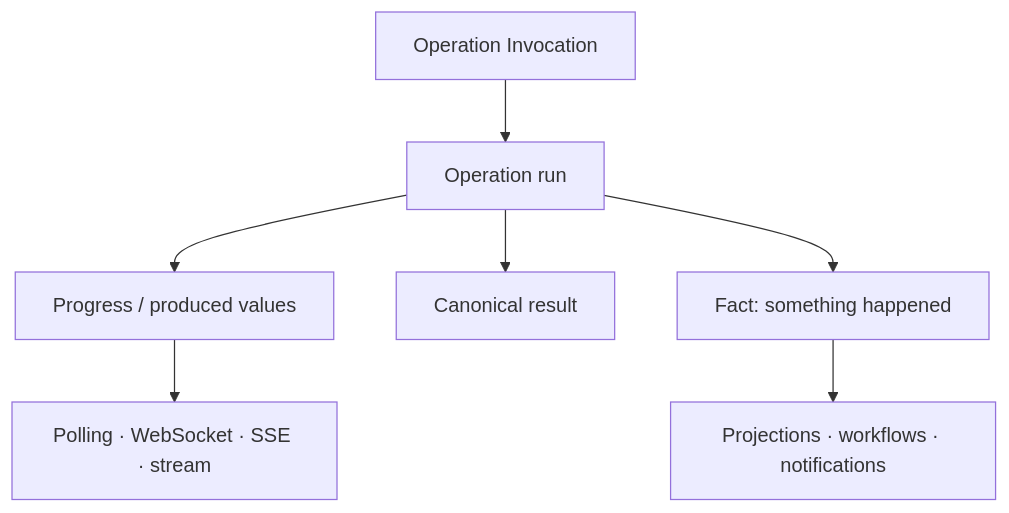
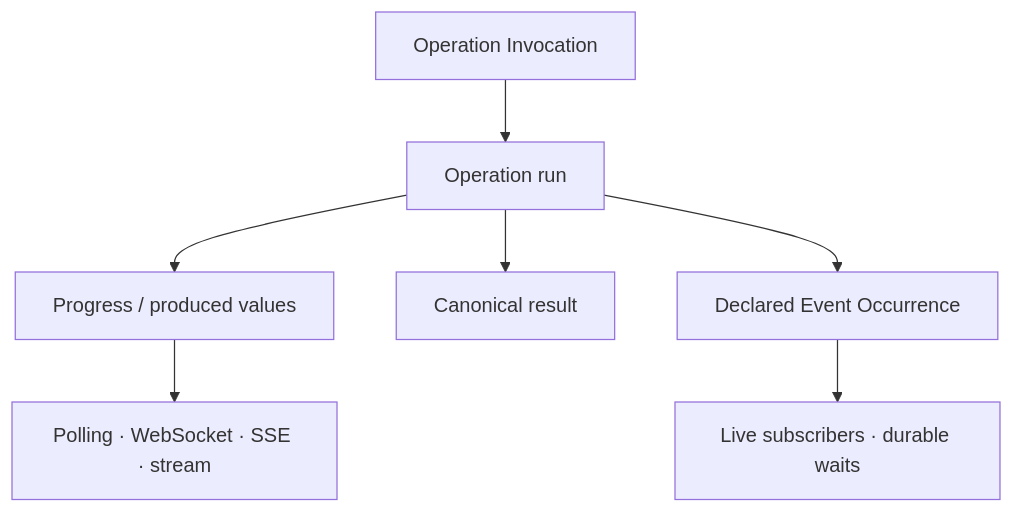
Before and after one commit to javifernandes/ontahi: the diagram in docs/developers/05-further-directions/06-continuous-execution-and-first-class-events.md, drawn with Mermaid. The commit also changed other lines of this file and 32 other files, not shown here.

First line of the commit message:
Document and close the first-class Events architecture (#250)

````diff
--- a/docs/developers/05-further-directions/06-continuous-execution-and-first-class-events.md
+++ b/docs/developers/05-further-directions/06-continuous-execution-and-first-class-events.md
@@ -24,9 +18,9 @@
 ```mermaid
 flowchart TB
   Invocation["Operation Invocation"] --> Run["Operation run"]
   Run --> Progress["Progress / produced values"]
   Progress --> Observe["Polling · WebSocket · SSE · stream"]
   Run --> Result["Canonical result"]
-  Run --> Event["Fact: something happened"]
-  Event --> Subscribers["Projections · workflows · notifications"]
+  Run --> Event["Declared Event Occurrence"]
+  Event --> Subscribers["Live subscribers · durable waits"]
 ```
````
